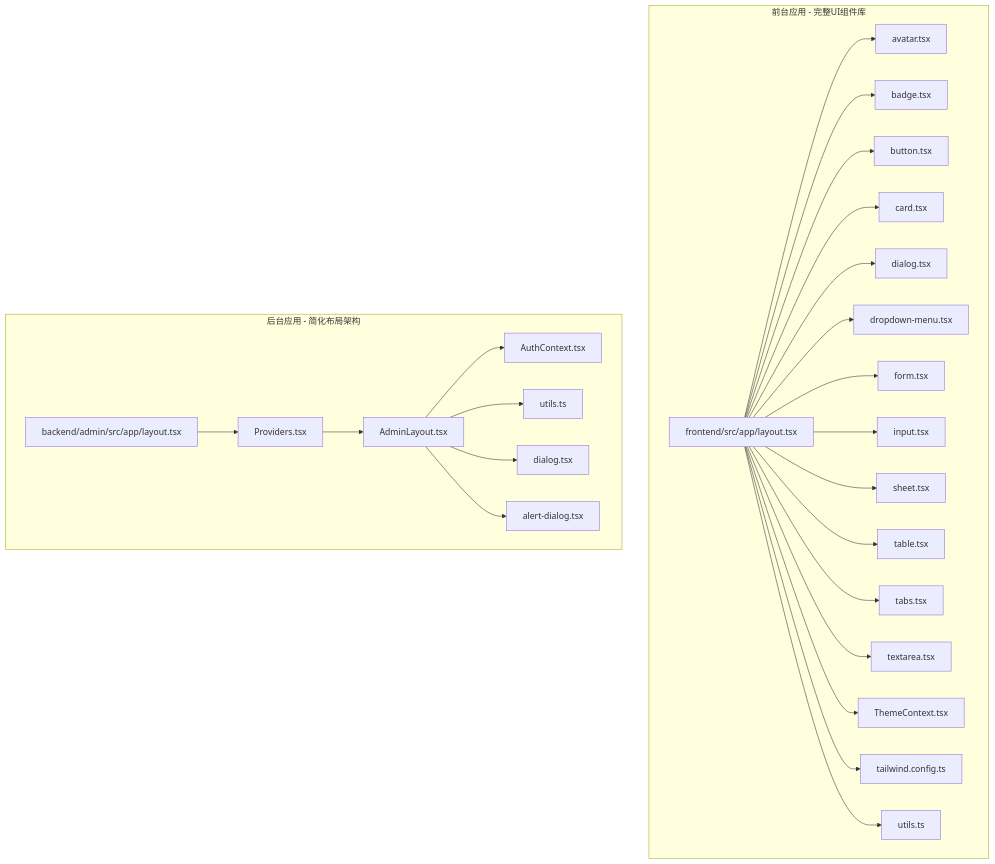
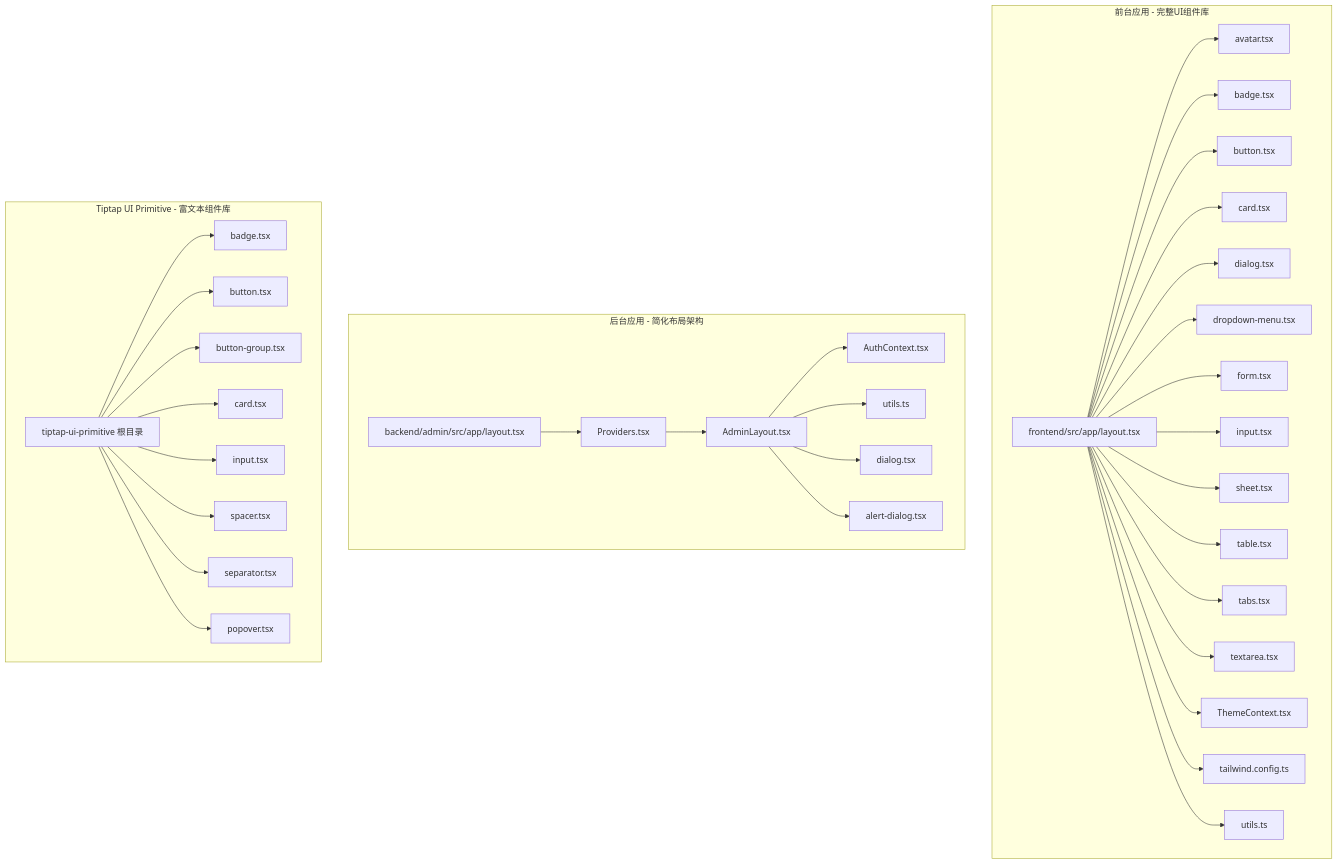
The first of 5 diagrams in .qoder/repowiki/zh/content/前端开发指南/UI 组件设计.md (KunLabAI/KunFlix), drawn with Mermaid before and after one commit. The commit also changed other lines of this file and 14 other files, not shown here.

````diff
--- a/.qoder/repowiki/zh/content/前端开发指南/UI 组件设计.md
+++ b/.qoder/repowiki/zh/content/前端开发指南/UI 组件设计.md
@@ -63,51 +72,70 @@
 ```mermaid
 graph TB
 subgraph "前台应用 - 完整UI组件库"
 FRoot["frontend/src/app/layout.tsx"]
 FAvatar["avatar.tsx"]
 FBadge["badge.tsx"]
 FButton["button.tsx"]
 FCard["card.tsx"]
 FDialog["dialog.tsx"]
 FDropdown["dropdown-menu.tsx"]
 FForm["form.tsx"]
 FInput["input.tsx"]
 FSheet["sheet.tsx"]
 FTable["table.tsx"]
 FTabs["tabs.tsx"]
 FTextarea["textarea.tsx"]
 FTheme["ThemeContext.tsx"]
 FTailwind["tailwind.config.ts"]
 FUtils["utils.ts"]
 end
 subgraph "后台应用 - 简化布局架构"
 ARoot["backend/admin/src/app/layout.tsx"]
 AProviders["Providers.tsx"]
 AAL["AdminLayout.tsx"]
 AAuth["AuthContext.tsx"]
 AUtil["utils.ts"]
 ADialog["dialog.tsx"]
 AAlert["alert-dialog.tsx"]
 end
+subgraph "Tiptap UI Primitive - 富文本组件库"
+TRoot["tiptap-ui-primitive 根目录"]
+TBadge["badge.tsx"]
+TButton["button.tsx"]
+TButtonGroup["button-group.tsx"]
+TCard["card.tsx"]
+TInput["input.tsx"]
+TSpacer["spacer.tsx"]
+TSeparator["separator.tsx"]
+TPopover["popover.tsx"]
+end
 FRoot --> FAvatar
 FRoot --> FBadge
 FRoot --> FButton
 FRoot --> FCard
 FRoot --> FDialog
 FRoot --> FDropdown
 FRoot --> FForm
 FRoot --> FInput
 FRoot --> FSheet
 FRoot --> FTable
 FRoot --> FTabs
 FRoot --> FTextarea
 FRoot --> FTheme
 FRoot --> FTailwind
 FRoot --> FUtils
 ARoot --> AProviders
 AProviders --> AAL
 AAL --> AAuth
 AAL --> AUtil
 AAL --> ADialog
 AAL --> AAlert
+TRoot --> TBadge
+TRoot --> TButton
+TRoot --> TButtonGroup
+TRoot --> TCard
+TRoot --> TInput
+TRoot --> TSpacer
+TRoot --> TSeparator
+TRoot --> TPopover
 ```
````
